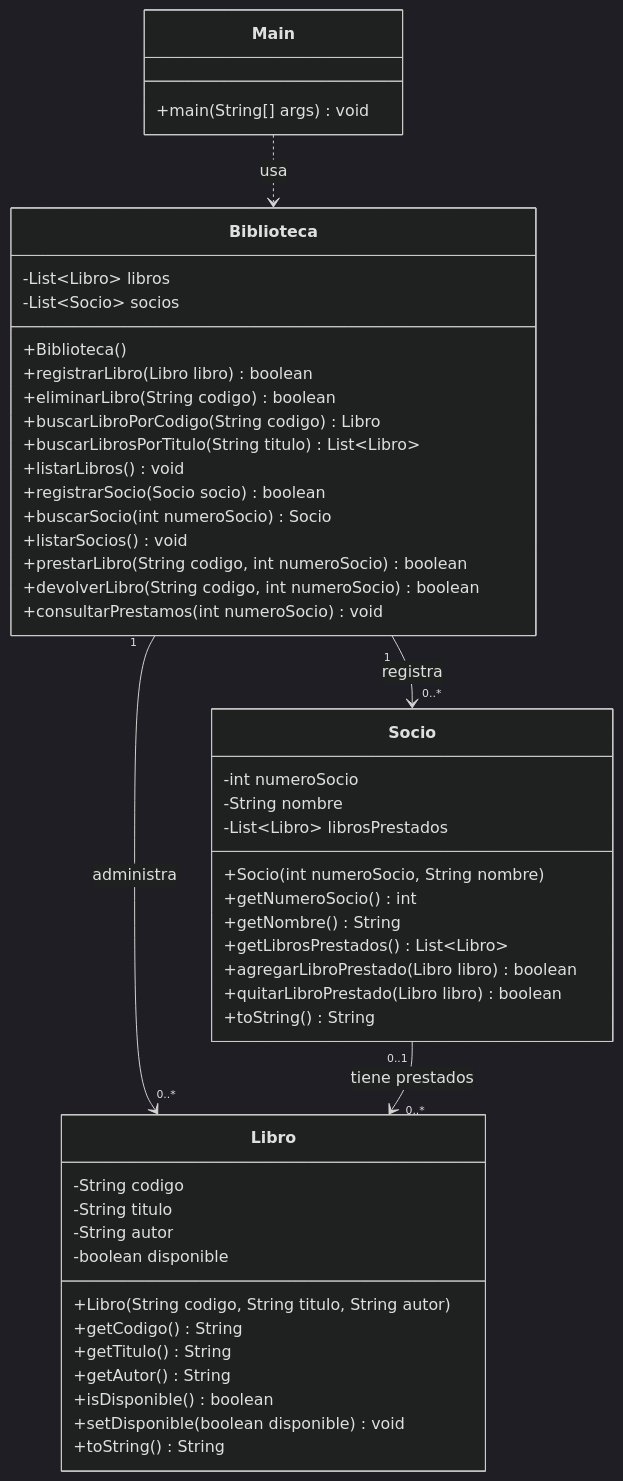
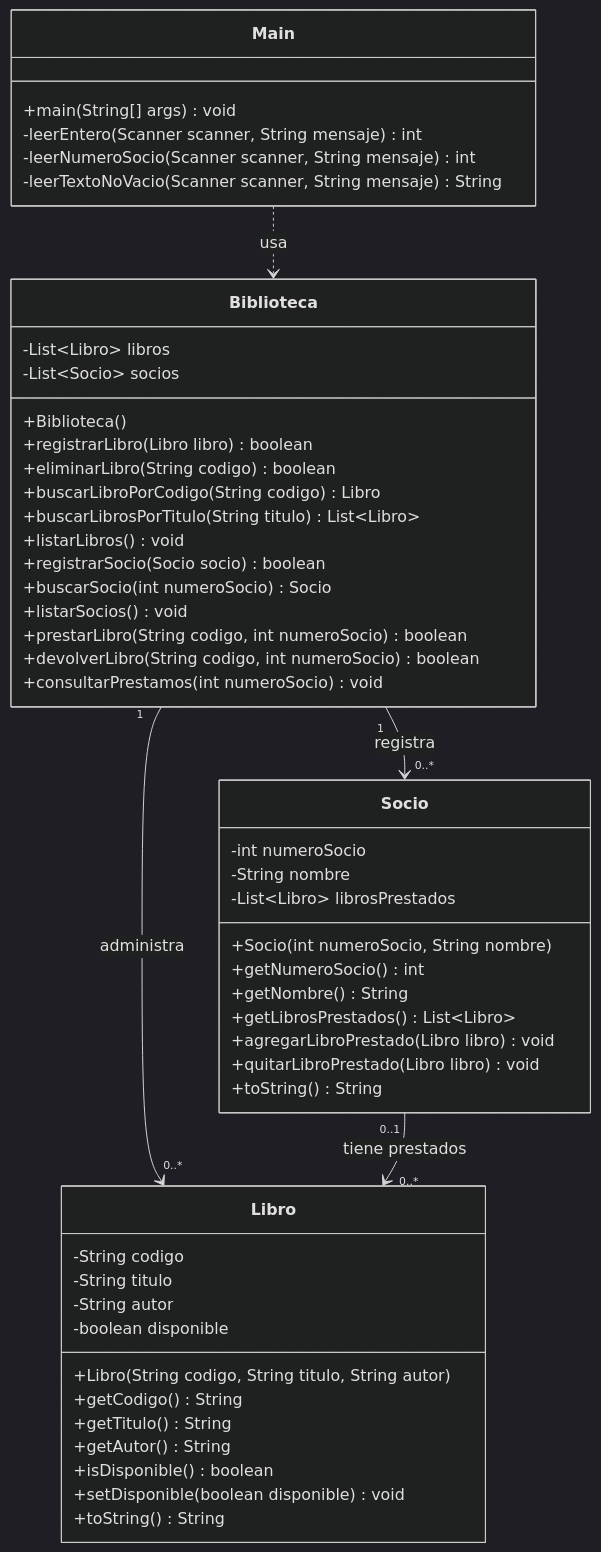
The diagram in docs/diseño.md (lorenzoolguinsd-hash/grupo10-biblioteca-barrial), drawn with Mermaid (dark theme) before and after one commit. The commit also changed other lines of this file, not shown here.

````diff
--- a/docs/diseño.md
+++ b/docs/diseño.md
@@ -262,55 +269,58 @@
 ```mermaid
 classDiagram
     class Main {
         +main(String[] args) void
+        -leerEntero(Scanner scanner, String mensaje) int
+        -leerNumeroSocio(Scanner scanner, String mensaje) int
+        -leerTextoNoVacio(Scanner scanner, String mensaje) String
     }
 
     class Biblioteca {
         -List~Libro~ libros
         -List~Socio~ socios
         +Biblioteca()
         +registrarLibro(Libro libro) boolean
         +eliminarLibro(String codigo) boolean
         +buscarLibroPorCodigo(String codigo) Libro
         +buscarLibrosPorTitulo(String titulo) List~Libro~
         +listarLibros() void
         +registrarSocio(Socio socio) boolean
         +buscarSocio(int numeroSocio) Socio
         +listarSocios() void
         +prestarLibro(String codigo, int numeroSocio) boolean
         +devolverLibro(String codigo, int numeroSocio) boolean
         +consultarPrestamos(int numeroSocio) void
     }
 
     class Libro {
         -String codigo
         -String titulo
         -String autor
         -boolean disponible
         +Libro(String codigo, String titulo, String autor)
         +getCodigo() String
         +getTitulo() String
         +getAutor() String
         +isDisponible() boolean
         +setDisponible(boolean disponible) void
         +toString() String
     }
 
     class Socio {
         -int numeroSocio
         -String nombre
         -List~Libro~ librosPrestados
         +Socio(int numeroSocio, String nombre)
         +getNumeroSocio() int
         +getNombre() String
         +getLibrosPrestados() List~Libro~
-        +agregarLibroPrestado(Libro libro) boolean
-        +quitarLibroPrestado(Libro libro) boolean
+        +agregarLibroPrestado(Libro libro) void
+        +quitarLibroPrestado(Libro libro) void
         +toString() String
     }
 
     Main ..> Biblioteca : usa
     Biblioteca "1" --> "0..*" Libro : administra
     Biblioteca "1" --> "0..*" Socio : registra
     Socio "0..1" --> "0..*" Libro : tiene prestados
 ```
````
